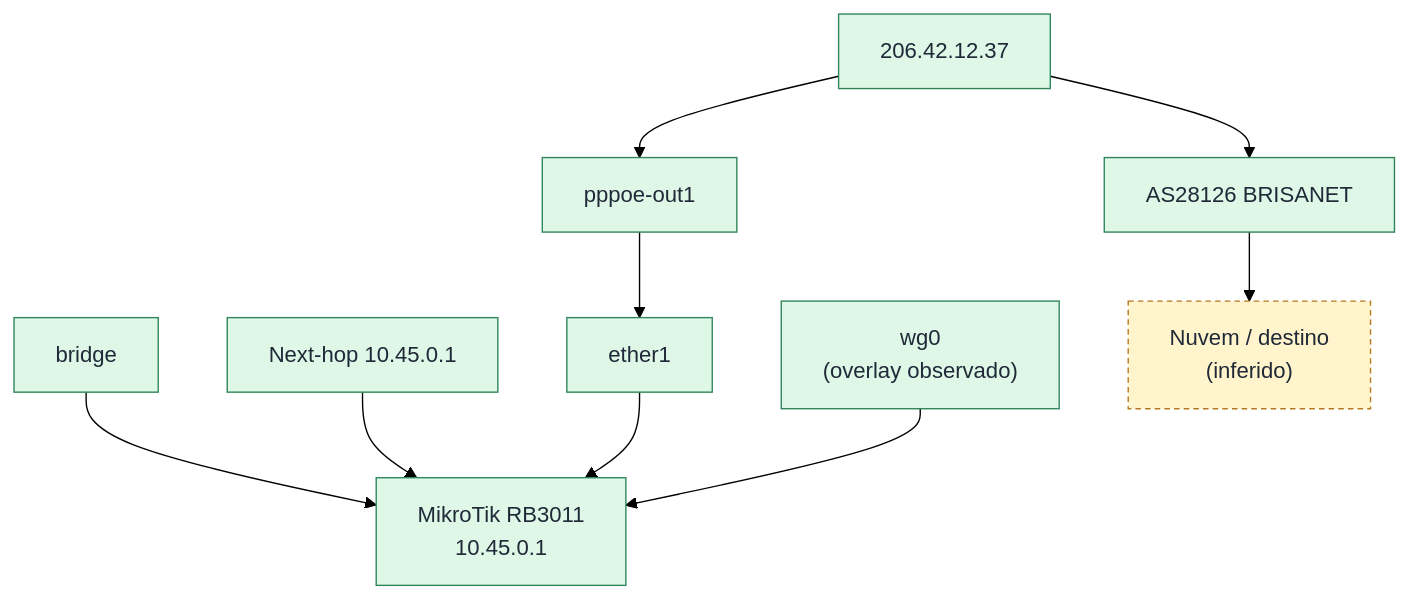
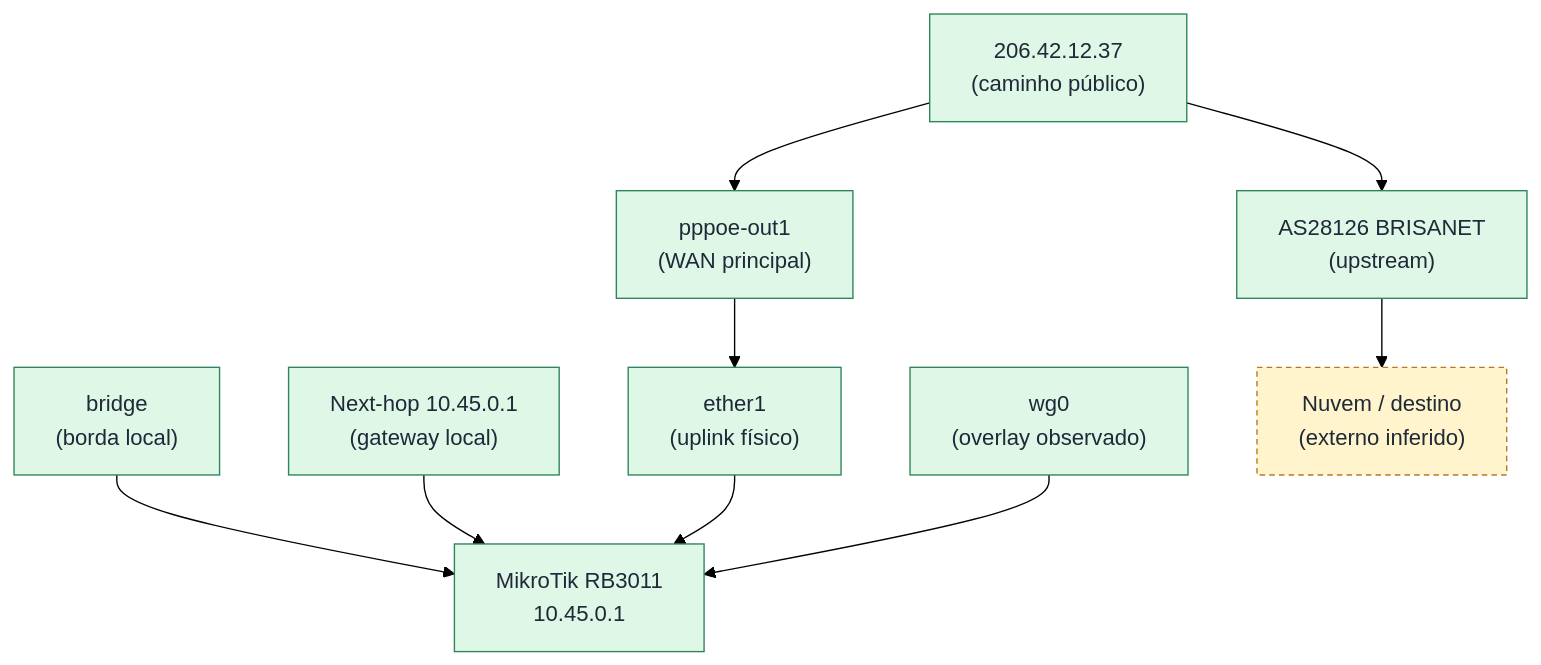
The diagram in dependency-graph/views/mikrotik_rb3011_dependency_graph.mmd (escossio/observabilidade), drawn with Mermaid (forest theme) before and after one commit. The commit also changed 9 other files, not shown here.

Commit message:
feat: add impact propagation rules to dependency graph

```diff
--- a/dependency-graph/views/mikrotik_rb3011_dependency_graph.mmd
+++ b/dependency-graph/views/mikrotik_rb3011_dependency_graph.mmd
@@ -1,26 +1,26 @@
 flowchart TB
   host["MikroTik RB3011<br/>10.45.0.1"]
 
-  bridge["bridge"]
-  nexthop["Next-hop 10.45.0.1"]
-  ether1["ether1"]
-  pppoe["pppoe-out1"]
-  public_ip["206.42.12.37"]
+  bridge["bridge<br/>(borda local)"]
+  nexthop["Next-hop 10.45.0.1<br/>(gateway local)"]
+  ether1["ether1<br/>(uplink físico)"]
+  pppoe["pppoe-out1<br/>(WAN principal)"]
+  public_ip["206.42.12.37<br/>(caminho público)"]
   wg0["wg0<br/>(overlay observado)"]
-  provider["AS28126 BRISANET"]
-  destination["Nuvem / destino<br/>(inferido)"]
+  provider["AS28126 BRISANET<br/>(upstream)"]
+  destination["Nuvem / destino<br/>(externo inferido)"]
 
   bridge --> host
   nexthop --> host
   ether1 --> host
   pppoe --> ether1
   public_ip --> pppoe
   public_ip --> provider
   wg0 --> host
   provider --> destination
 
   classDef observed fill:#dff7e7,stroke:#2f855a,color:#1f2937,stroke-width:1px;
   classDef inferred fill:#fff4cc,stroke:#b7791f,color:#1f2937,stroke-width:1px,stroke-dasharray: 4 3;
 
   class host,bridge,nexthop,ether1,pppoe,public_ip,wg0,provider observed;
   class destination inferred;
```
